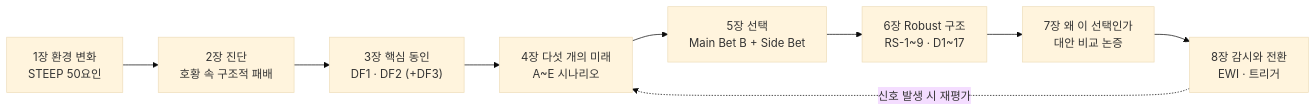
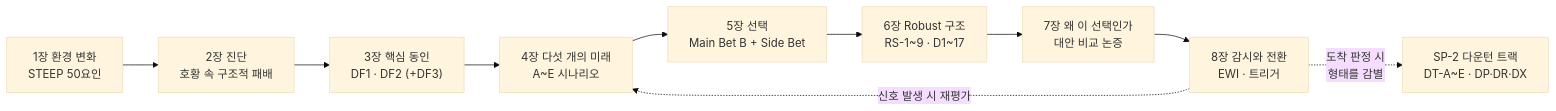
Before and after one commit to k31001/action-learning: the first of 2 diagrams in wiki/storyline/storyline.md, drawn with Mermaid (base theme). The commit also changed other lines of this file and 10 other files, not shown here.

````diff
--- a/wiki/storyline/storyline.md
+++ b/wiki/storyline/storyline.md
@@ -17,11 +19,12 @@
 ```mermaid
 flowchart LR
     ENV["1장 환경 변화<br/>STEEP 50요인"] --> DIAG["2장 진단<br/>호황 속 구조적 패배"]
     DIAG --> DF["3장 핵심 동인<br/>DF1 · DF2 (+DF3)"]
     DF --> SCN["4장 다섯 개의 미래<br/>A~E 시나리오"]
     SCN --> STR["5장 선택<br/>Main Bet B + Side Bet"]
     STR --> RS["6장 Robust 구조<br/>RS-1~9 · D1~17"]
     RS --> WHY["7장 왜 이 선택인가<br/>대안 비교 논증"]
     WHY --> EWI["8장 감시와 전환<br/>EWI · 트리거"]
     EWI -.->|"신호 발생 시 재평가"| SCN
+    EWI -.->|"도착 판정 시<br/>형태를 감별"| SP2["SP-2 다운턴 트랙<br/>DT-A~E · DP·DR·DX"]
 ```
````
